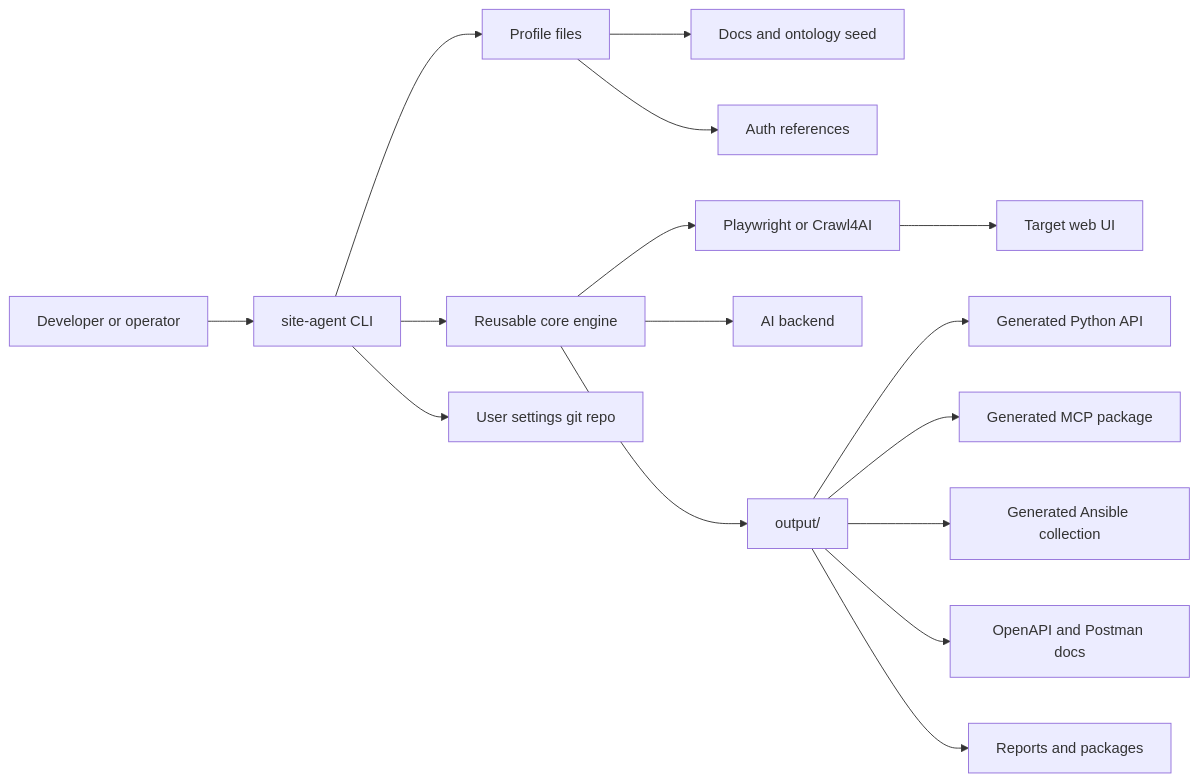
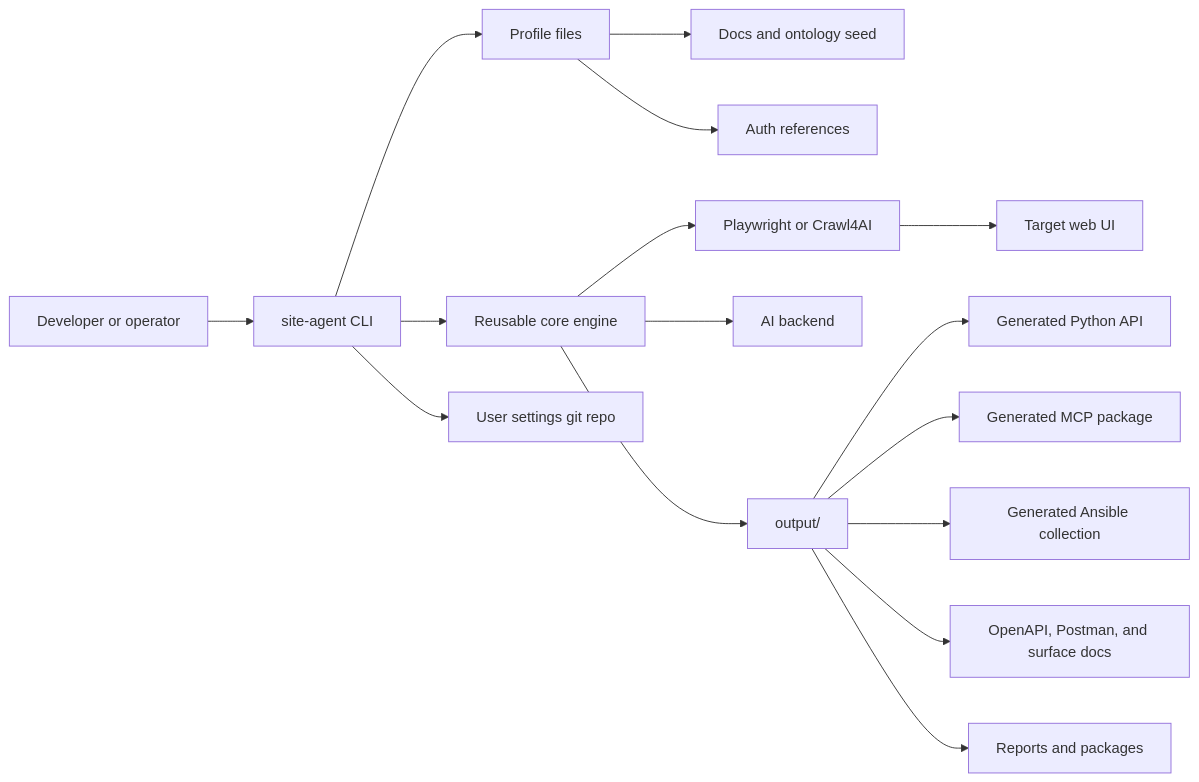
Before and after one commit to akarasulu/site-agent: the first of 3 diagrams in docs/01_ARCHITECTURE.md, drawn with Mermaid. The commit also changed other lines of this file and 22 other files, not shown here.

````diff
--- a/docs/01_ARCHITECTURE.md
+++ b/docs/01_ARCHITECTURE.md
@@ -28,18 +28,18 @@
 ```mermaid
 flowchart LR
   User[Developer or operator] --> CLI[site-agent CLI]
   CLI --> Profiles[Profile files]
   CLI --> Core[Reusable core engine]
   Profiles --> Docs[Docs and ontology seed]
   Profiles --> Auth[Auth references]
   Core --> Browser[Playwright or Crawl4AI]
   Browser --> Target[Target web UI]
   Core --> AI[AI backend]
   Core --> Output[output/<profile>]
   Output --> API[Generated Python API]
   Output --> MCP[Generated MCP package]
   Output --> Ansible[Generated Ansible collection]
-  Output --> APIDocs[OpenAPI and Postman docs]
+  Output --> APIDocs[OpenAPI, Postman, and surface docs]
   Output --> Reports[Reports and packages]
   CLI --> SettingsRepo[User settings git repo]
 ```
````
